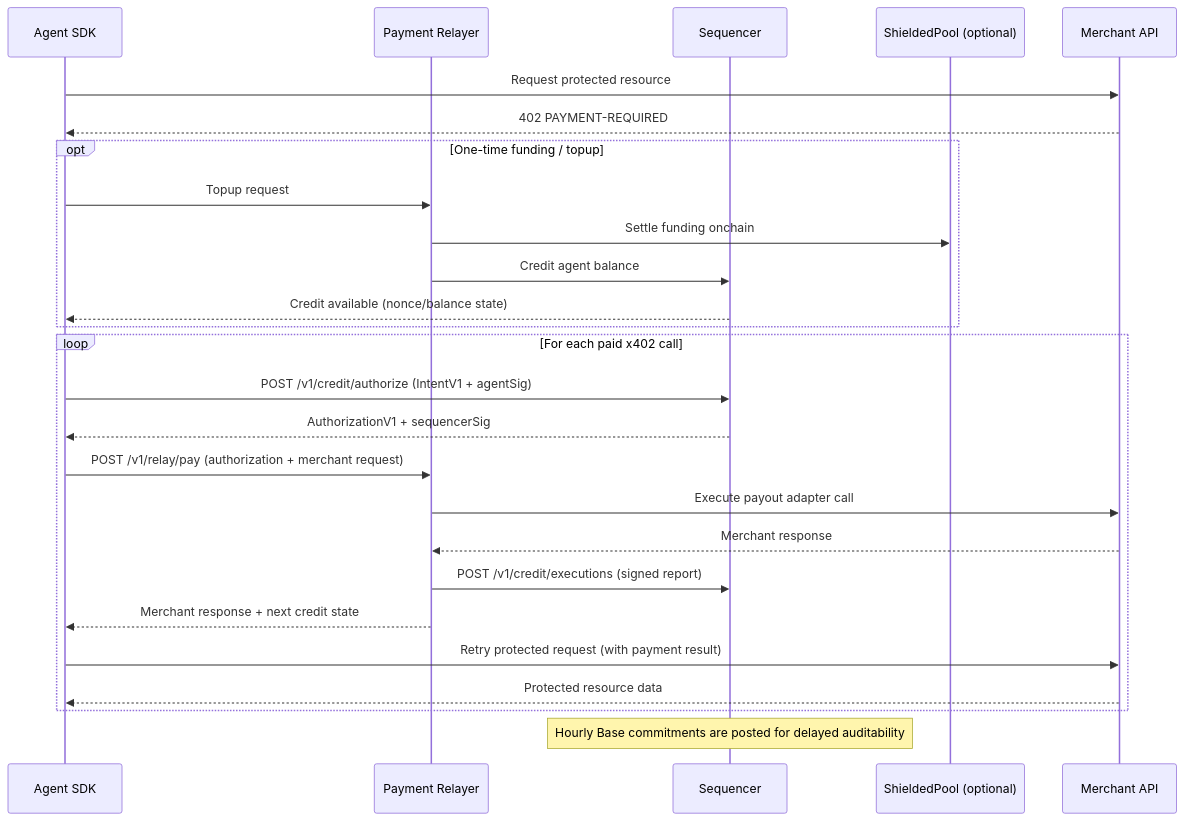
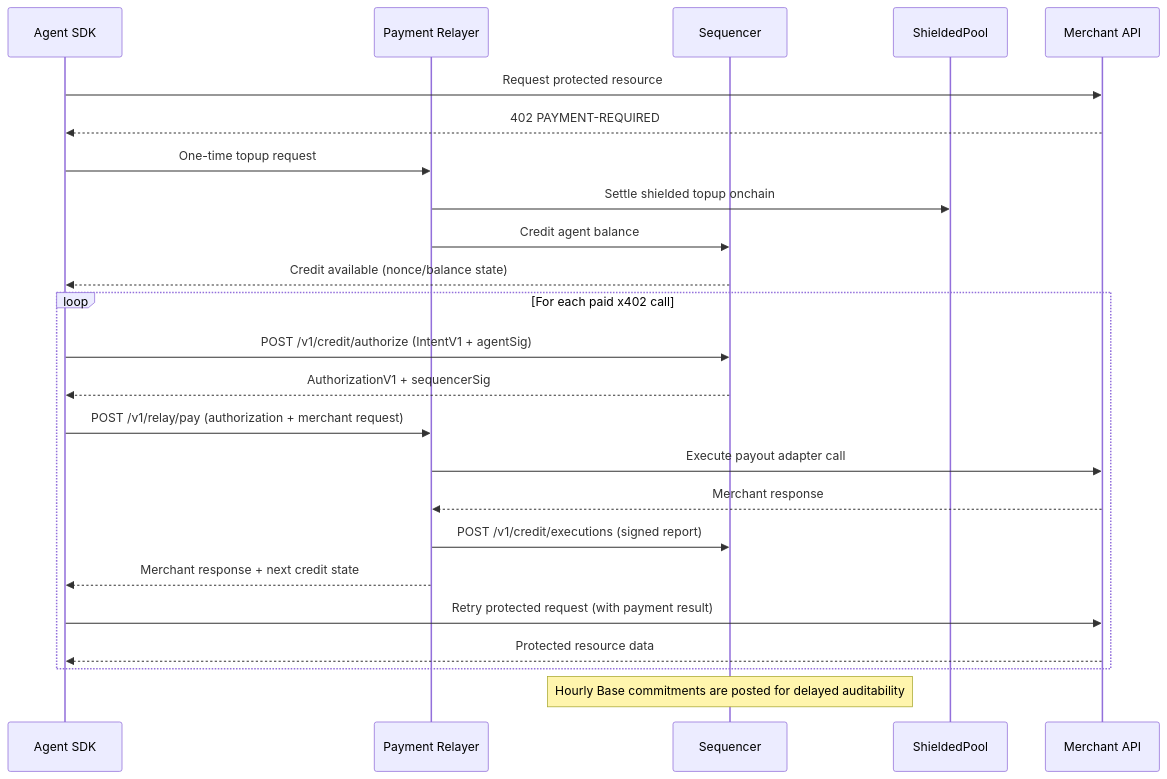
Before and after one commit to nhestrompia/shielded-x402: the diagram in README.md, drawn with Mermaid. The commit also changed other lines of this file and 6 other files, not shown here.

Commit message:
fix: update some higher level sdk flows and its explanations

````diff
--- a/README.md
+++ b/README.md
@@ -13,32 +14,30 @@
 ```mermaid
 sequenceDiagram
   participant A as Agent SDK
   participant R as Payment Relayer
   participant Q as Sequencer
-  participant P as ShieldedPool (optional)
+  participant P as ShieldedPool
   participant M as Merchant API
 
   A->>M: Request protected resource
   M-->>A: 402 PAYMENT-REQUIRED
 
-  opt One-time funding / topup
-    A->>R: Topup request
-    R->>P: Settle funding onchain
-    R->>Q: Credit agent balance
-    Q-->>A: Credit available (nonce/balance state)
-  end
+  A->>R: One-time topup request
+  R->>P: Settle shielded topup onchain
+  R->>Q: Credit agent balance
+  Q-->>A: Credit available (nonce/balance state)
 
   loop For each paid x402 call
     A->>Q: POST /v1/credit/authorize (IntentV1 + agentSig)
     Q-->>A: AuthorizationV1 + sequencerSig
     A->>R: POST /v1/relay/pay (authorization + merchant request)
     R->>M: Execute payout adapter call
     M-->>R: Merchant response
     R->>Q: POST /v1/credit/executions (signed report)
     R-->>A: Merchant response + next credit state
     A->>M: Retry protected request (with payment result)
     M-->>A: Protected resource data
   end
 
   Note over Q: Hourly Base commitments are posted for delayed auditability
 ```
````
